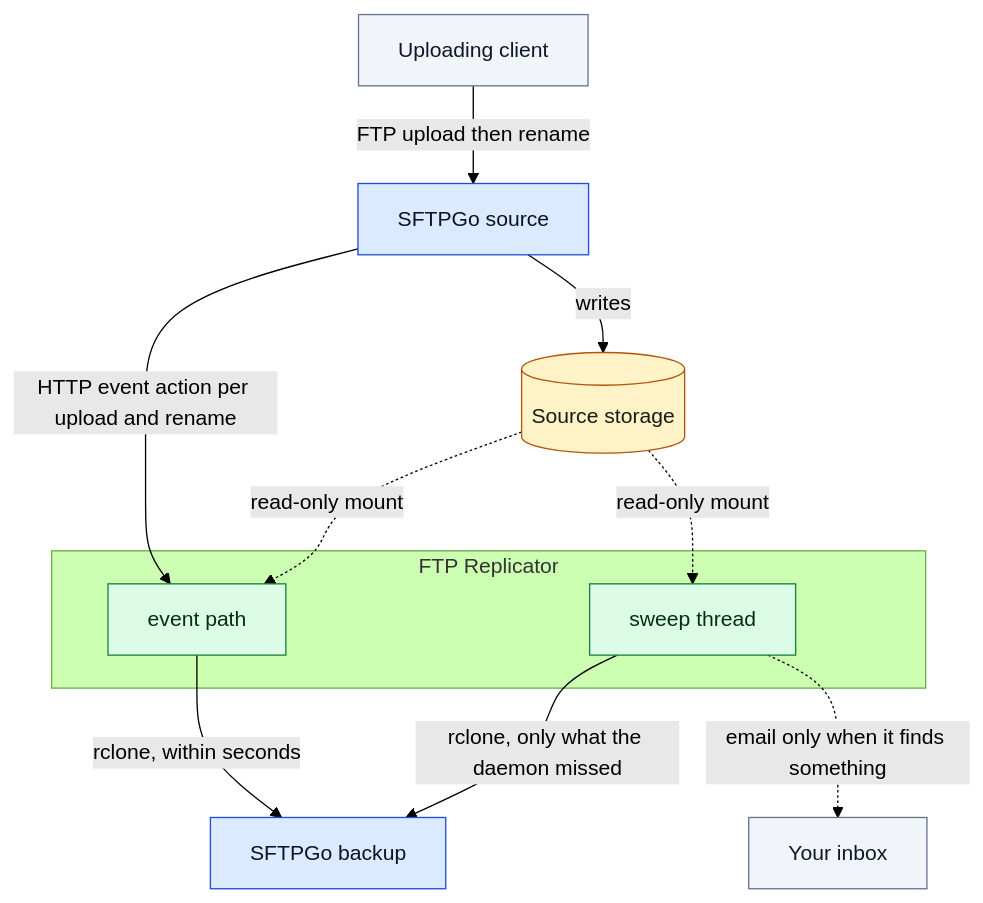
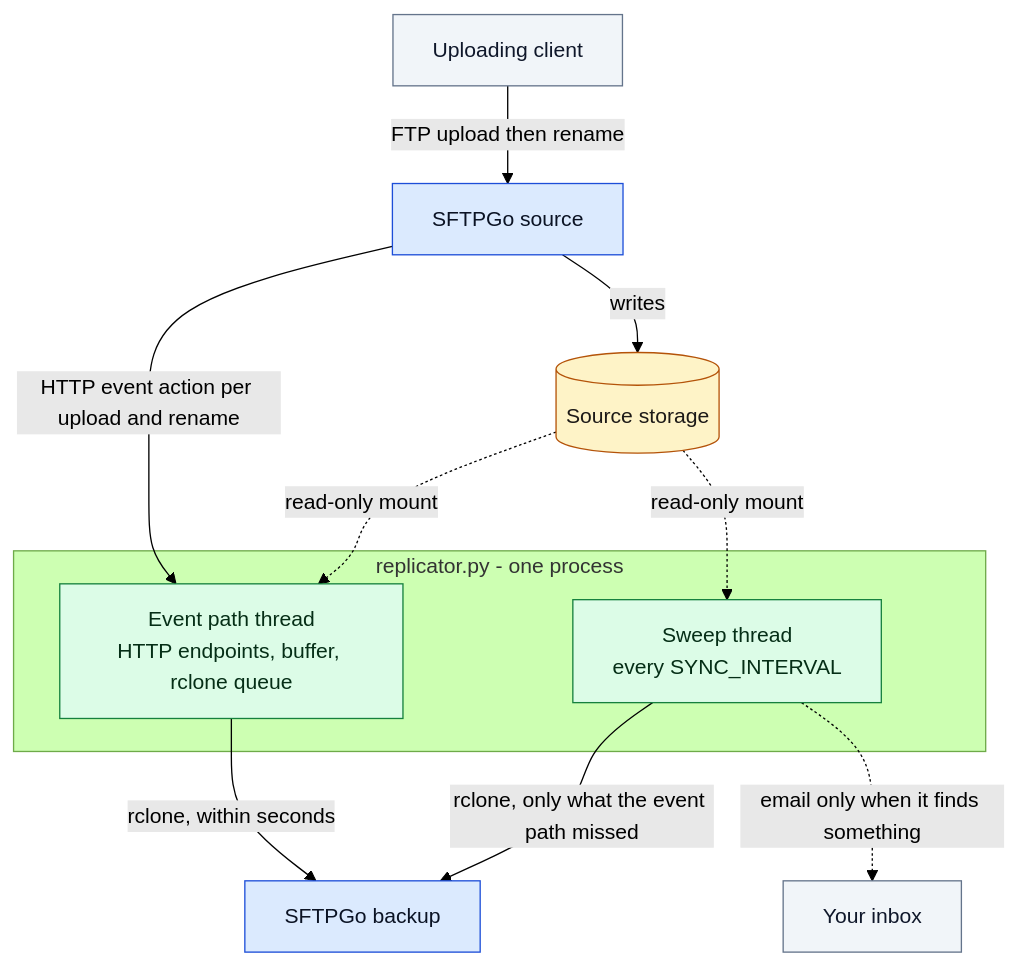
The diagram in README.md (andrebrait/ftp-replicator), drawn with Mermaid (forest theme) before and after one commit.

Commit message:
docs: diagram shows one process with two threads
The refactor made the event path and the sweep threads of replicator.py, but
the diagram still drew them as two separate things and an edge still spoke
of what the daemon missed.

````diff
--- a/README.md
+++ b/README.md
@@ -11,33 +11,33 @@
 ```mermaid
 flowchart TD
     client[Uploading client]
     source[SFTPGo source]
     store[(Source storage)]
-    daemon[event path]
-    sweep[sweep thread]
+    daemon[Event path thread<br>HTTP endpoints, buffer, rclone queue]
+    sweep[Sweep thread<br>every SYNC_INTERVAL]
     backup[SFTPGo backup]
     inbox[Your inbox]
 
     client -->|FTP upload then rename| source
     source -->|writes| store
     source -->|HTTP event action per upload and rename| daemon
     store -.->|read-only mount| daemon
     store -.->|read-only mount| sweep
     daemon -->|rclone, within seconds| backup
-    sweep -->|rclone, only what the daemon missed| backup
+    sweep -->|rclone, only what the event path missed| backup
     sweep -.->|email only when it finds something| inbox
 
-    subgraph repo [FTP Replicator]
+    subgraph proc [replicator.py - one process]
         daemon
         sweep
     end
 
     classDef sftpgo fill:#dbeafe,stroke:#1d4ed8,color:#0b1324
     classDef ours fill:#dcfce7,stroke:#15803d,color:#052e16
     classDef outside fill:#f1f5f9,stroke:#64748b,color:#0f172a
     classDef disk fill:#fef3c7,stroke:#b45309,color:#1c1917
     class source,backup sftpgo
     class daemon,sweep ours
     class client,inbox outside
     class store disk
 ```
````
